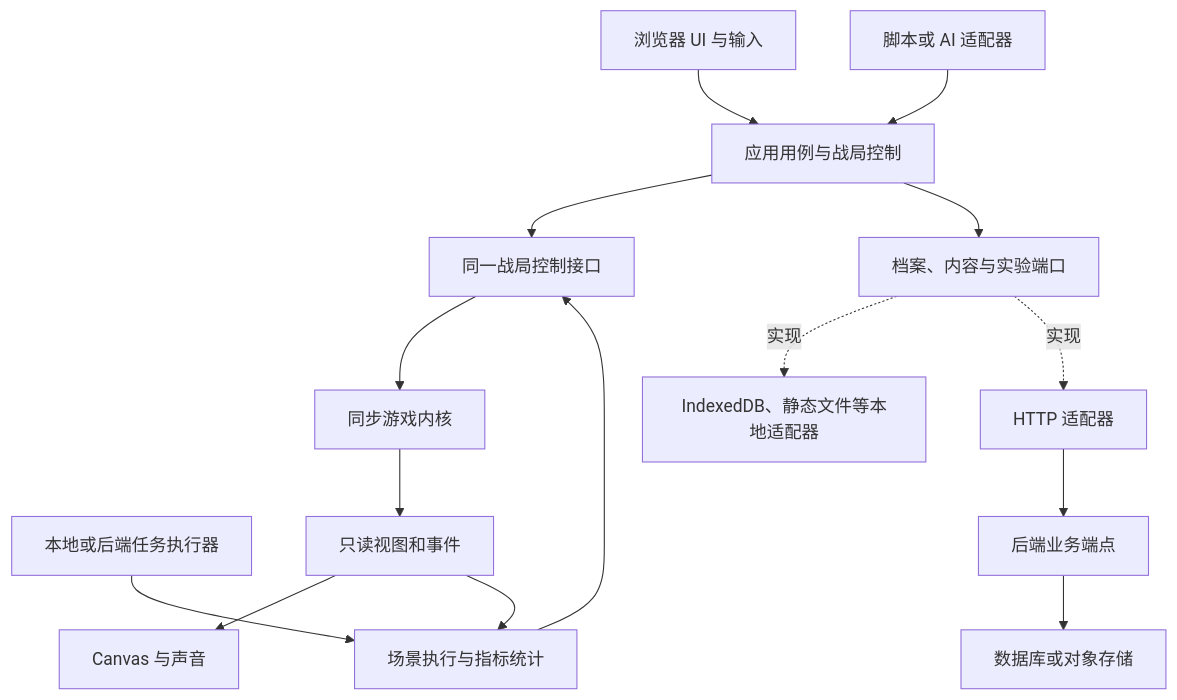
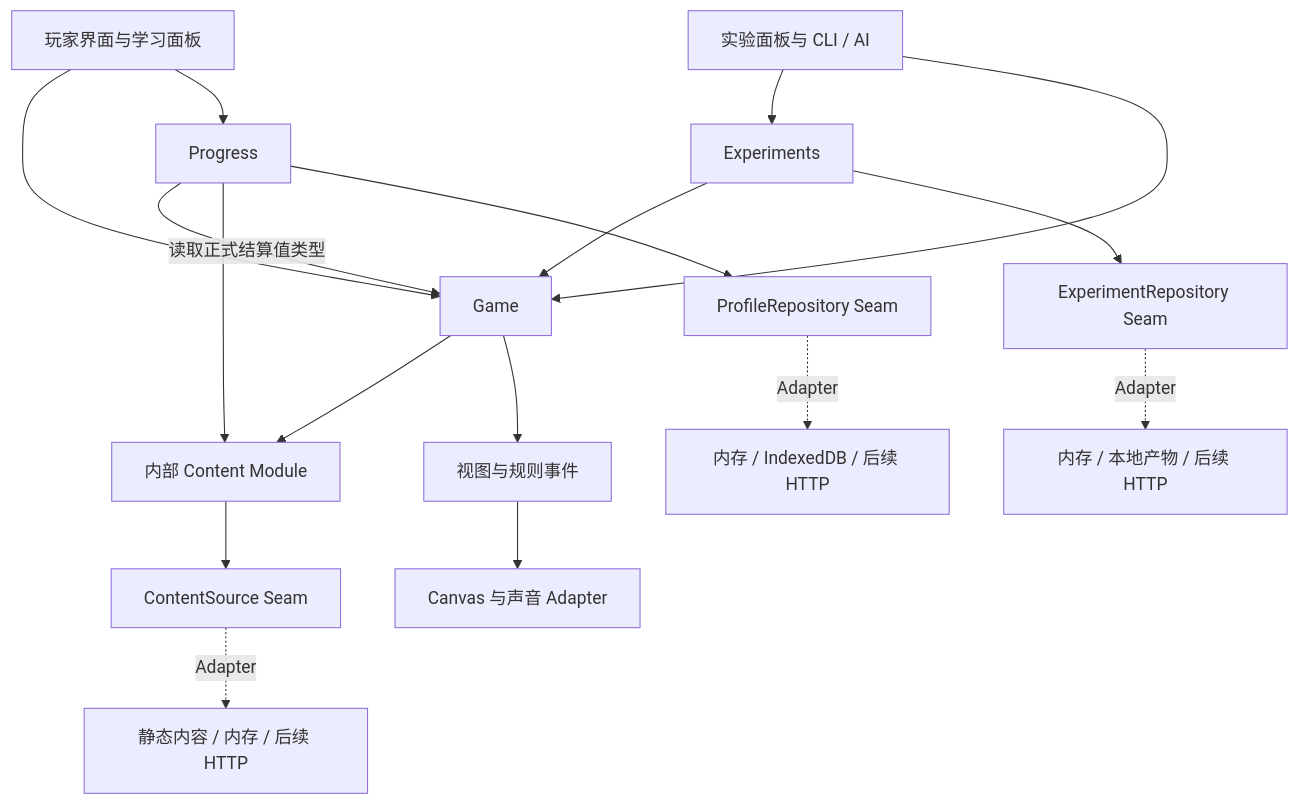
Before and after one commit to wishflow/wishflow-tools: the first of 2 diagrams in apps/gunsnglory/docs/architecture.md, drawn with Mermaid. The commit also changed other lines of this file and 8 other files, not shown here.

````diff
--- a/apps/gunsnglory/docs/architecture.md
+++ b/apps/gunsnglory/docs/architecture.md
@@ -43,17 +32,19 @@
 ```mermaid
 flowchart TB
-  Browser[浏览器 UI 与输入] --> App[应用用例与战局控制]
-  Automation[脚本或 AI 适配器] --> App
-  Batch[本地或后端任务执行器] --> Simulation[场景执行与指标统计]
-  Simulation --> Session[同一战局控制接口]
-  App --> Session
-  Session --> Core[同步游戏内核]
-  App --> Ports[档案、内容与实验端口]
-  Ports -.实现.-> Local[IndexedDB、静态文件等本地适配器]
-  Ports -.实现.-> Remote[HTTP 适配器]
-  Remote --> Services[后端业务端点]
-  Services --> Storage[数据库或对象存储]
-  Core --> Views[只读视图和事件]
-  Views --> Presentation[Canvas 与声音]
-  Views --> Simulation
+    UI[玩家界面与学习面板] --> Game
+    UI --> Progress
+    Lab[实验面板与 CLI / AI] --> Experiments
+    Lab --> Game
+    Experiments --> Game
+    Progress -->|读取正式结算值类型| Game
+    Game --> Content[内部 Content Module]
+    Progress --> Content
+    Content --> CS[ContentSource Seam]
+    Progress --> PR[ProfileRepository Seam]
+    Experiments --> ER[ExperimentRepository Seam]
+    CS -. Adapter .-> Sources[静态内容 / 内存 / 后续 HTTP]
+    PR -. Adapter .-> Profiles[内存 / IndexedDB / 后续 HTTP]
+    ER -. Adapter .-> Results[内存 / 本地产物 / 后续 HTTP]
+    Game --> View[视图与规则事件]
+    View --> Render[Canvas 与声音 Adapter]
 ```
````
